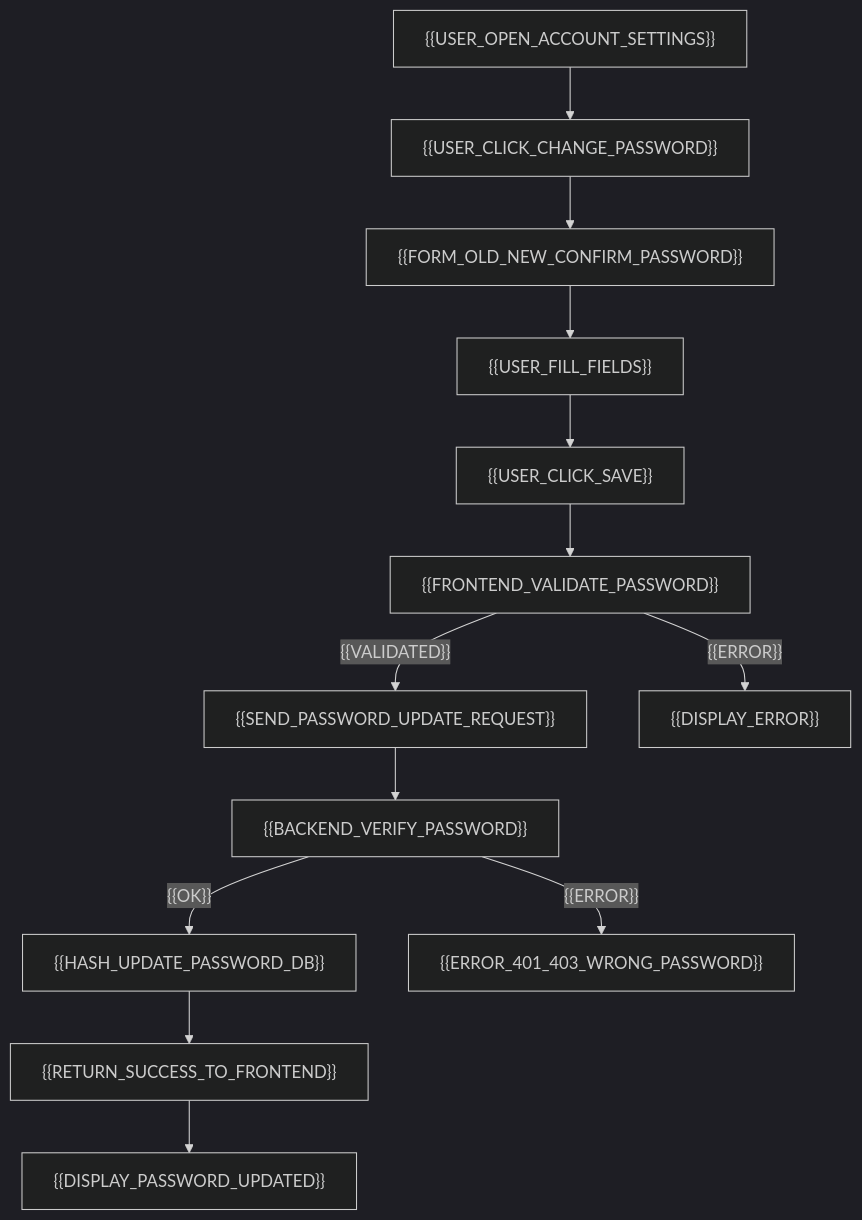
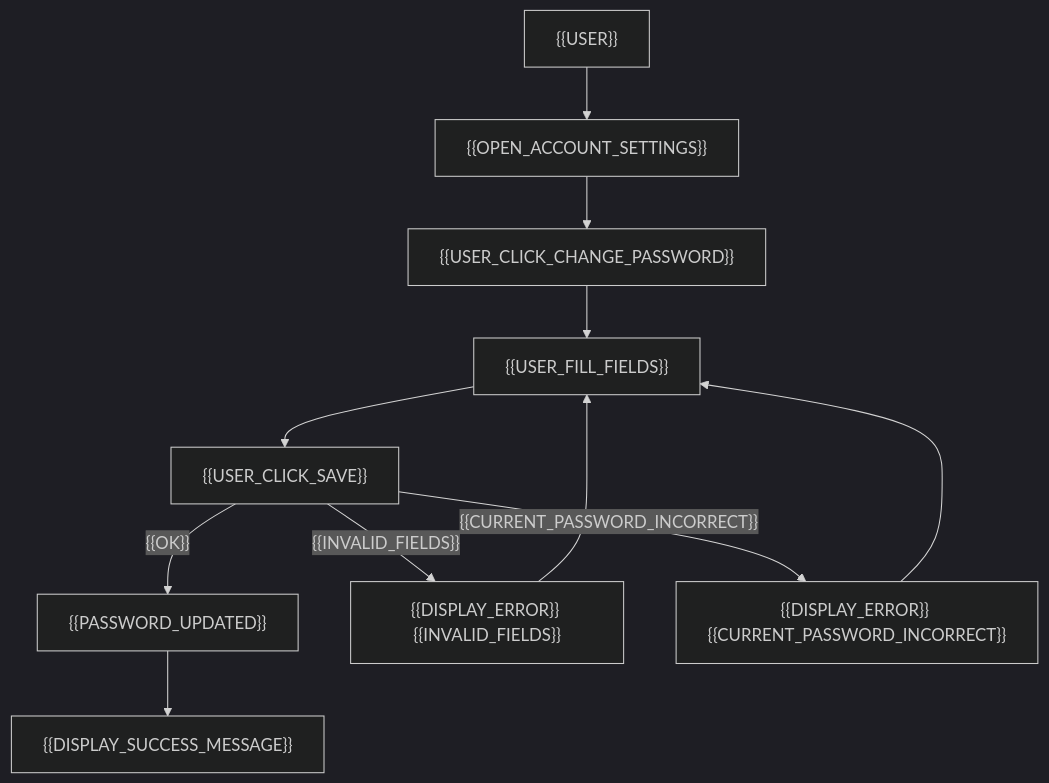
The diagram in Documents/Edition-files/UserFlow/user_change_password.mmd (lchouville/NexaCore), drawn with Mermaid before and after one commit. The commit also changed 148 other files, not shown here.

Commit message:
Add French translations for UI elements, API backend, architecture, database tables, fields, and types; remove outdated French translations; add English translations for new keys; update README with usage instructions.

```diff
--- a/Documents/Edition-files/UserFlow/user_change_password.mmd
+++ b/Documents/Edition-files/UserFlow/user_change_password.mmd
@@ -1,19 +1,30 @@
 ---
 config:
     theme: dark
     look: classic
     layout: dagre
 ---
 flowchart TD
-A["{{USER_OPEN_ACCOUNT_SETTINGS}}"] --> B["{{USER_CLICK_CHANGE_PASSWORD}}"]
-B --> C["{{FORM_OLD_NEW_CONFIRM_PASSWORD}}"]
-C --> D["{{USER_FILL_FIELDS}}"]
-D --> E["{{USER_CLICK_SAVE}}"]
-E --> F["{{FRONTEND_VALIDATE_PASSWORD}}"]
-F -->|"{{VALIDATED}}"| G["{{SEND_PASSWORD_UPDATE_REQUEST}}"]
-F -->|"{{ERROR}}"| F1["{{DISPLAY_ERROR}}"]
-G --> H["{{BACKEND_VERIFY_PASSWORD}}"]
-H -->|"{{OK}}"| I["{{HASH_UPDATE_PASSWORD_DB}}"]
-H -->|"{{ERROR}}"| H1["{{ERROR_401_403_WRONG_PASSWORD}}"]
-I --> J["{{RETURN_SUCCESS_TO_FRONTEND}}"]
-J --> K["{{DISPLAY_PASSWORD_UPDATED}}"]
+
+%% Nodes definition
+A["{{USER}}"] 
+B["{{OPEN_ACCOUNT_SETTINGS}}"]
+C["{{USER_CLICK_CHANGE_PASSWORD}}"]
+D["{{USER_FILL_FIELDS}}"]
+E["{{USER_CLICK_SAVE}}"]
+Gy["{{PASSWORD_UPDATED}}"]
+Gn["{{DISPLAY_ERROR}} {{INVALID_FIELDS}}"]
+Hy["{{DISPLAY_SUCCESS_MESSAGE}}"]
+Hn["{{DISPLAY_ERROR}} {{CURRENT_PASSWORD_INCORRECT}}"]
+
+%% Flow definition
+A --> B
+B --> C
+C --> D
+D --> E
+E -->|"{{INVALID_FIELDS}}"| Gn
+Gn --> D
+E -->|"{{CURRENT_PASSWORD_INCORRECT}}"| Hn
+Hn --> D
+E -->|"{{OK}}"| Gy
+Gy --> Hy
```
